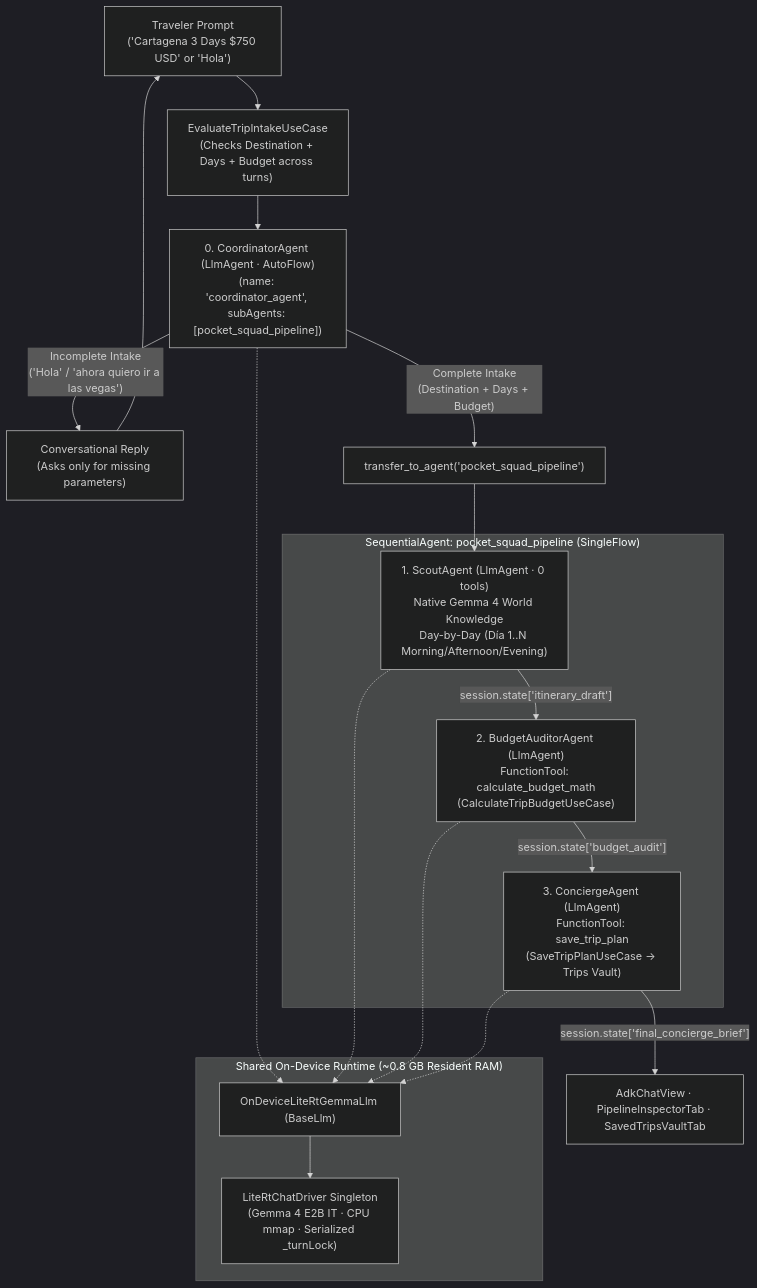
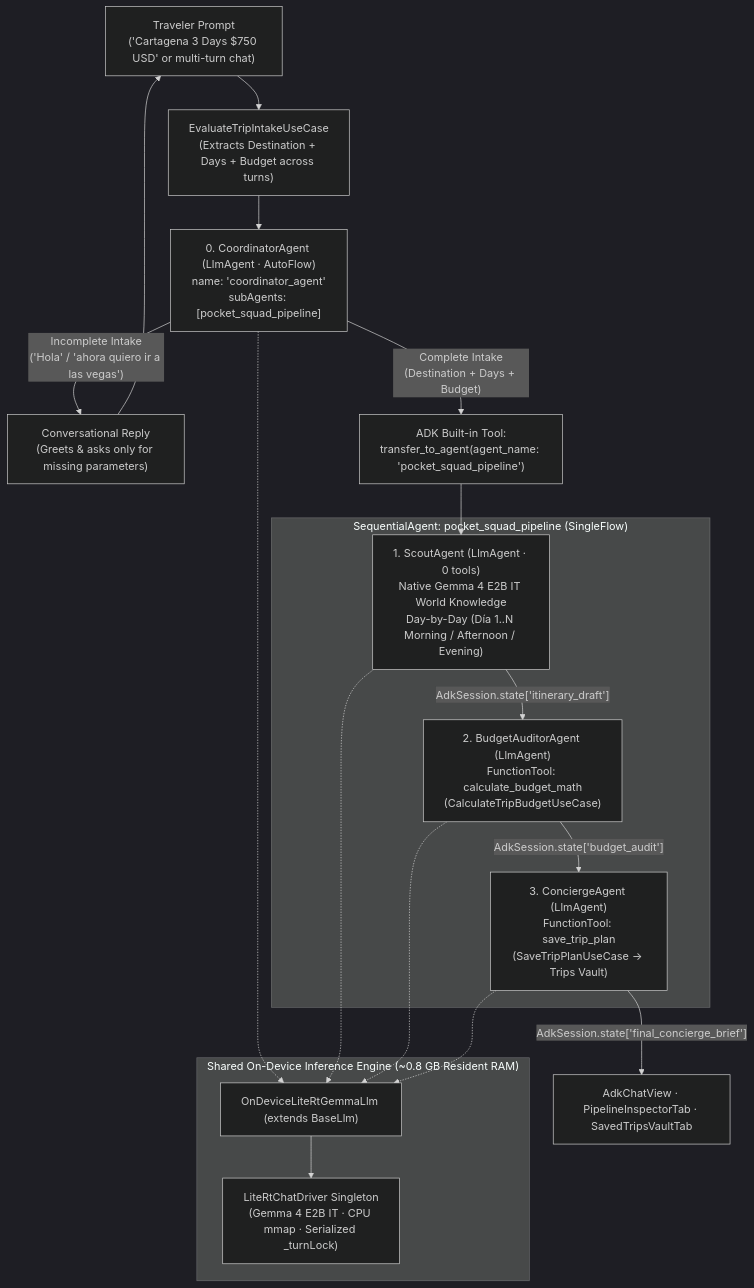
Before and after one commit to jggomez/flutter-ia-examples: the first of 2 diagrams in apps/adk_pocket_squad/README.md, drawn with Mermaid (dark theme). The commit also changed other lines of this file and 5 other files, not shown here.

Commit message:
docs: focus READMEs on AI/ADK/MAS architecture and restore functional app narratives

````diff
--- a/apps/adk_pocket_squad/README.md
+++ b/apps/adk_pocket_squad/README.md
@@ -27,31 +57,31 @@
 ```mermaid
 flowchart TD
-    Prompt["Traveler Prompt\n('Cartagena 3 Days $750 USD' or 'Hola')"] --> Intake["EvaluateTripIntakeUseCase\n(Checks Destination + Days + Budget across turns)"]
-    Intake --> Coord["0. CoordinatorAgent (LlmAgent · AutoFlow)\n(name: 'coordinator_agent', subAgents: [pocket_squad_pipeline])"]
+    Prompt["Traveler Prompt\n('Cartagena 3 Days $750 USD' or multi-turn chat)"] --> Intake["EvaluateTripIntakeUseCase\n(Extracts Destination + Days + Budget across turns)"]
+    Intake --> Coord["0. CoordinatorAgent (LlmAgent · AutoFlow)\nname: 'coordinator_agent'\nsubAgents: [pocket_squad_pipeline]"]
 
-    Coord -- "Incomplete Intake\n('Hola' / 'ahora quiero ir a las vegas')" --> Reply["Conversational Reply\n(Asks only for missing parameters)"]
+    Coord -- "Incomplete Intake\n('Hola' / 'ahora quiero ir a las vegas')" --> Reply["Conversational Reply\n(Greets & asks only for missing parameters)"]
     Reply --> Prompt
 
-    Coord -- "Complete Intake\n(Destination + Days + Budget)" --> Transfer["transfer_to_agent('pocket_squad_pipeline')"]
+    Coord -- "Complete Intake\n(Destination + Days + Budget)" --> Transfer["ADK Built-in Tool:\ntransfer_to_agent(agent_name: 'pocket_squad_pipeline')"]
 
     subgraph Pipeline ["SequentialAgent: pocket_squad_pipeline (SingleFlow)"]
-        Scout["1. ScoutAgent (LlmAgent · 0 tools)\nNative Gemma 4 World Knowledge\nDay-by-Day (Día 1..N Morning/Afternoon/Evening)"]
+        Scout["1. ScoutAgent (LlmAgent · 0 tools)\nNative Gemma 4 E2B IT World Knowledge\nDay-by-Day (Día 1..N Morning / Afternoon / Evening)"]
         Auditor["2. BudgetAuditorAgent (LlmAgent)\nFunctionTool: calculate_budget_math\n(CalculateTripBudgetUseCase)"]
         Concierge["3. ConciergeAgent (LlmAgent)\nFunctionTool: save_trip_plan\n(SaveTripPlanUseCase -> Trips Vault)"]
 
-        Scout -->|"session.state['itinerary_draft']"| Auditor
-        Auditor -->|"session.state['budget_audit']"| Concierge
+        Scout -->|"AdkSession.state['itinerary_draft']"| Auditor
+        Auditor -->|"AdkSession.state['budget_audit']"| Concierge
     end
 
     Transfer --> Scout
-    Concierge -->|"session.state['final_concierge_brief']"| UI["AdkChatView · PipelineInspectorTab · SavedTripsVaultTab"]
+    Concierge -->|"AdkSession.state['final_concierge_brief']"| UI["AdkChatView · PipelineInspectorTab · SavedTripsVaultTab"]
 
-    subgraph Runtime ["Shared On-Device Runtime (~0.8 GB Resident RAM)"]
-        Bridge["OnDeviceLiteRtGemmaLlm (BaseLlm)"] --> Driver["LiteRtChatDriver Singleton\n(Gemma 4 E2B IT · CPU mmap · Serialized _turnLock)"]
+    subgraph Runtime ["Shared On-Device Inference Engine (~0.8 GB Resident RAM)"]
+        Bridge["OnDeviceLiteRtGemmaLlm (extends BaseLlm)"] --> Driver["LiteRtChatDriver Singleton\n(Gemma 4 E2B IT · CPU mmap · Serialized _turnLock)"]
     end
 
     Coord -.-> Bridge
     Scout -.-> Bridge
     Auditor -.-> Bridge
     Concierge -.-> Bridge
 ```
````
